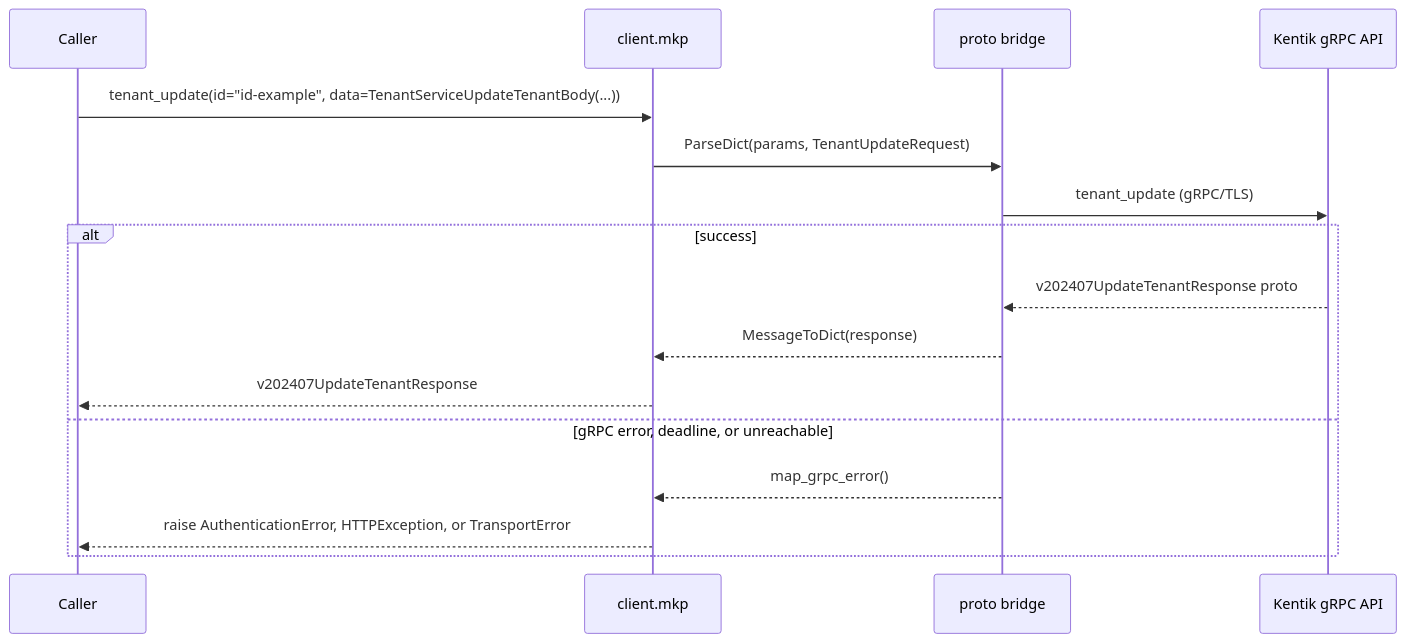
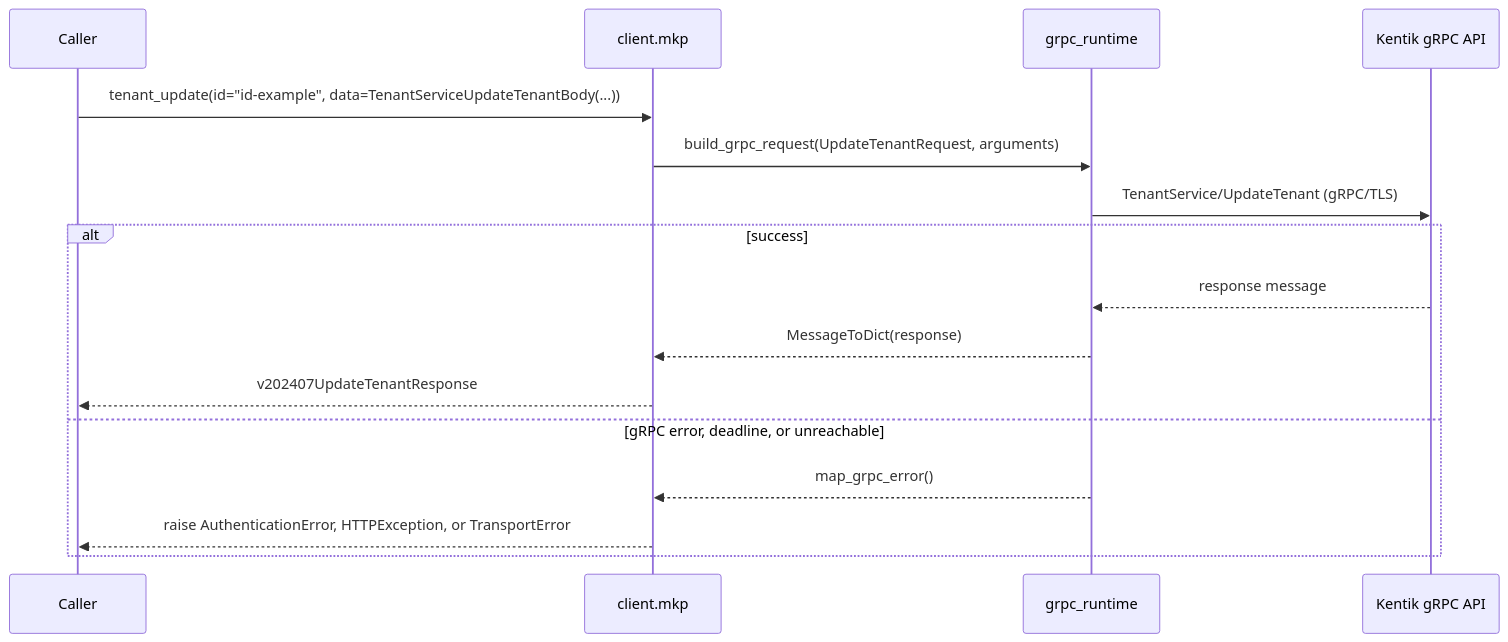
One commit to alexdearaujo/community_sdk_python changed diagram 19 of 30 in docs/sphinx/services/mkp.md. Above: the diagram before and after it, drawn with Mermaid. The commit also changed other lines of this file and 37 other files, not shown here.

First line of the commit message:
docs: show the real RPC in each service page's gRPC diagram

````diff
--- a/docs/sphinx/services/mkp.md
+++ b/docs/sphinx/services/mkp.md
@@ -655,19 +655,19 @@
 ```mermaid
 sequenceDiagram
     participant C as Caller
     participant W as client.mkp
-    participant B as proto bridge
+    participant R as grpc_runtime
     participant API as Kentik gRPC API
 
     C->>W: tenant_update(id="id-example", data=TenantServiceUpdateTenantBody(...))
-    W->>B: ParseDict(params, TenantUpdateRequest)
-    B->>API: tenant_update (gRPC/TLS)
+    W->>R: build_grpc_request(UpdateTenantRequest, arguments)
+    R->>API: TenantService/UpdateTenant (gRPC/TLS)
     alt success
-        API-->>B: v202407UpdateTenantResponse proto
-        B-->>W: MessageToDict(response)
+        API-->>R: response message
+        R-->>W: MessageToDict(response)
         W-->>C: v202407UpdateTenantResponse
     else gRPC error, deadline, or unreachable
-        B-->>W: map_grpc_error()
+        R-->>W: map_grpc_error()
         W-->>C: raise AuthenticationError, HTTPException, or TransportError
     end
 ```
````
